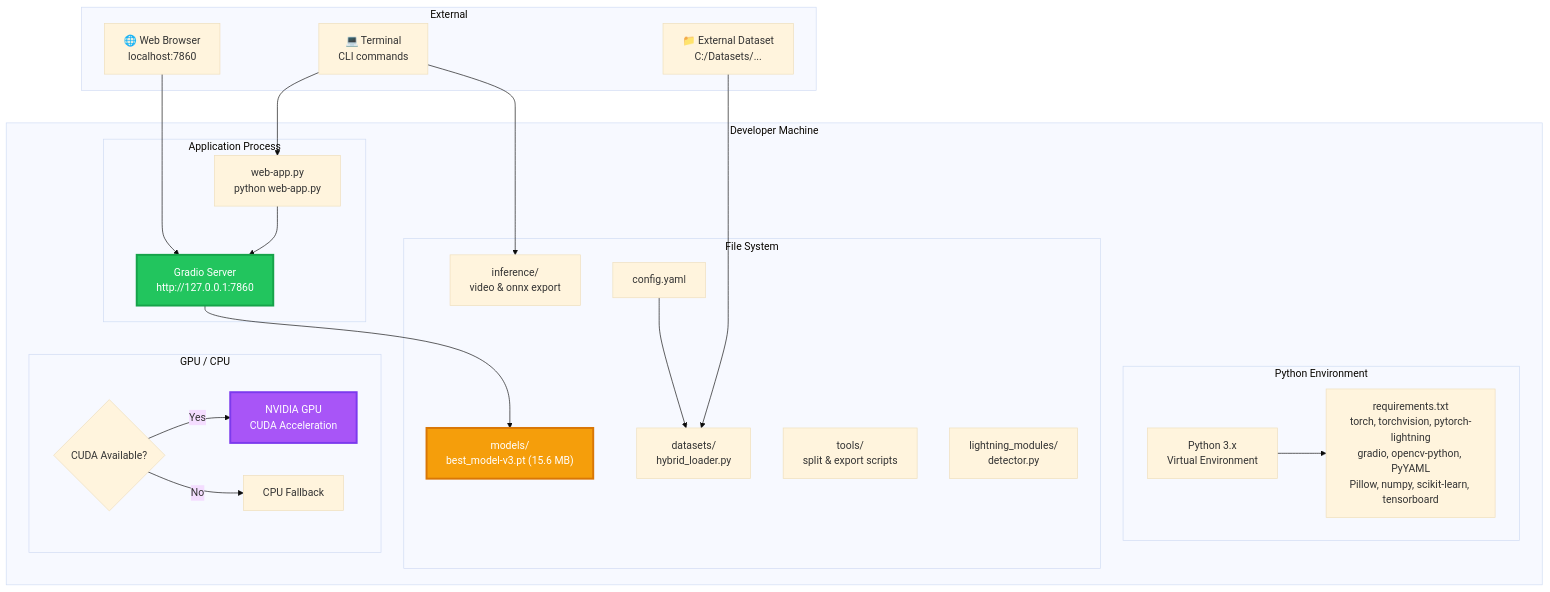
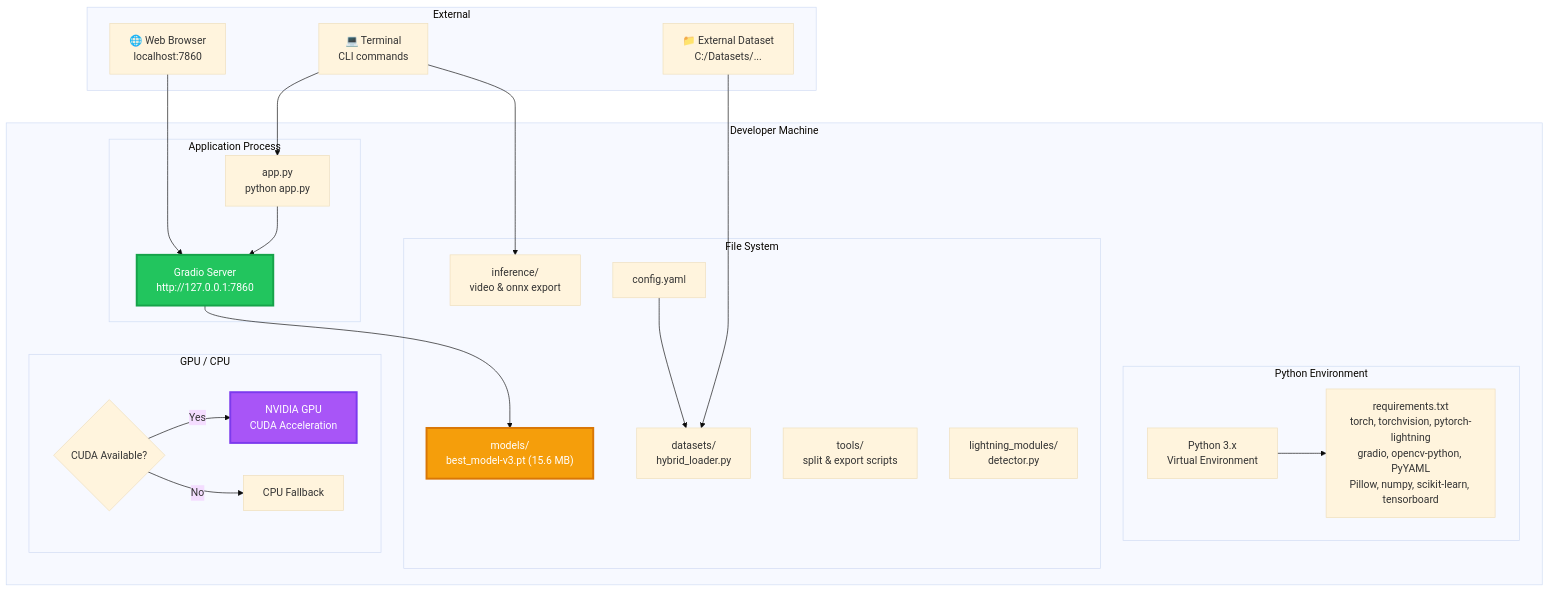
Before and after one commit to sagarbhati23/deepfake-detector: diagram 15 of 20 in ARCHITECTURE.md, drawn with Mermaid (base theme). The commit also changed other lines of this file and 2 other files, not shown here.

Commit message:
Rename web-app.py to app.py and update references in documentation

````diff
--- a/ARCHITECTURE.md
+++ b/ARCHITECTURE.md
@@ -720,50 +720,50 @@
 ```mermaid
 graph TB
     subgraph "Developer Machine"
         subgraph "Python Environment"
             PY["Python 3.x<br/>Virtual Environment"]
             DEPS["requirements.txt<br/>torch, torchvision, pytorch-lightning<br/>gradio, opencv-python, PyYAML<br/>Pillow, numpy, scikit-learn, tensorboard"]
         end
 
         subgraph "Application Process"
-            WA["web-app.py<br/>python web-app.py"]
+            WA["app.py<br/>python app.py"]
             GRADIO["Gradio Server<br/>http://127.0.0.1:7860"]
         end
 
         subgraph "File System"
             MODEL["models/<br/>best_model-v3.pt (15.6 MB)"]
             DATA["datasets/<br/>hybrid_loader.py"]
             TOOLS["tools/<br/>split & export scripts"]
             INF["inference/<br/>video & onnx export"]
             LM["lightning_modules/<br/>detector.py"]
             CONFIG["config.yaml"]
         end
 
         subgraph "GPU / CPU"
             CUDA{"CUDA Available?"}
             GPU["NVIDIA GPU<br/>CUDA Acceleration"]
             CPU["CPU Fallback"]
         end
     end
 
     subgraph "External"
         BROWSER["🌐 Web Browser<br/>localhost:7860"]
         TERMINAL["💻 Terminal<br/>CLI commands"]
         DATASET["📁 External Dataset<br/>C:/Datasets/..."]
     end
 
     PY --> DEPS
     WA --> GRADIO
     GRADIO --> MODEL
     CUDA -->|Yes| GPU
     CUDA -->|No| CPU
     BROWSER --> GRADIO
     TERMINAL --> WA
     TERMINAL --> INF
     CONFIG --> DATA
     DATASET --> DATA
 
     style GRADIO fill:#22c55e,stroke:#16a34a,color:#fff,stroke-width:3px
     style MODEL fill:#f59e0b,stroke:#d97706,color:#fff,stroke-width:3px
     style GPU fill:#a855f7,stroke:#7c3aed,color:#fff,stroke-width:3px
 ```
````
